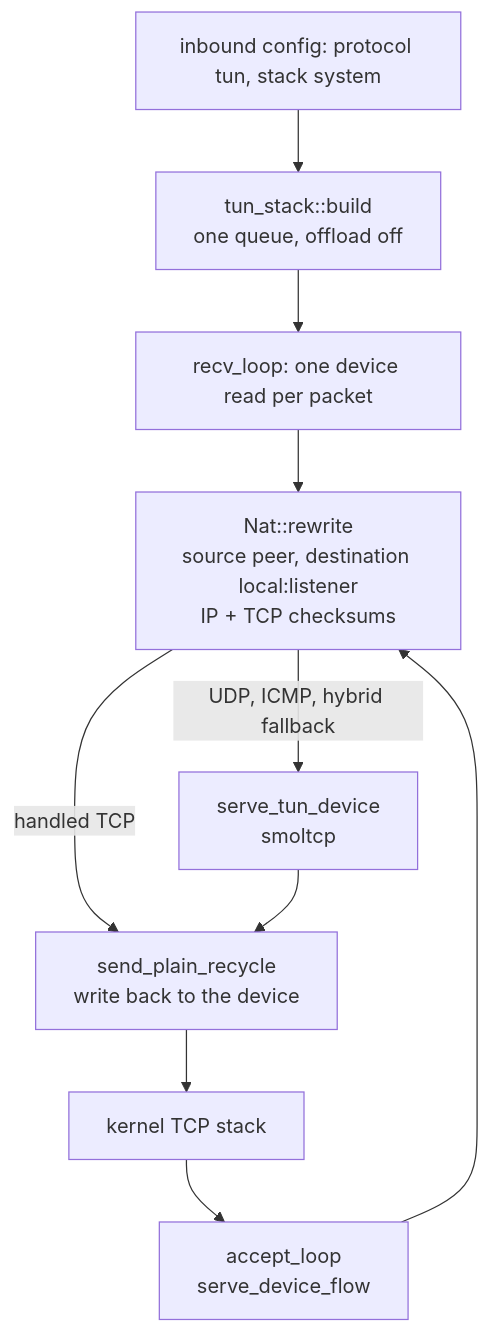
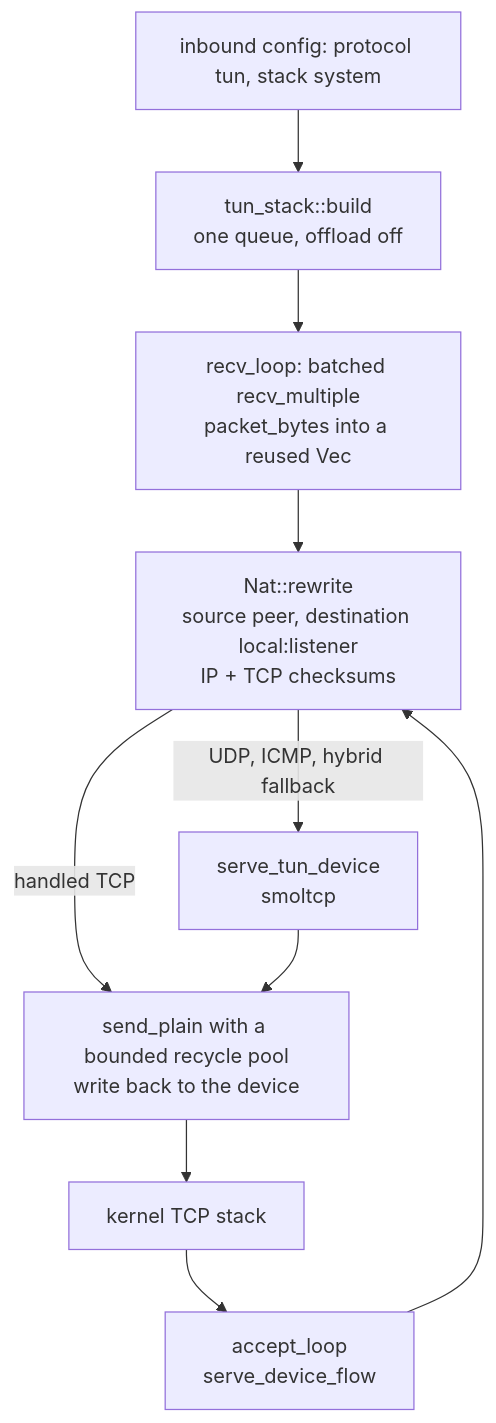
One commit to Ferrocite/ferrox changed the second of 2 diagrams in docs/function/front-tun-smoltcp.md. Above: the diagram before and after it, drawn with Mermaid. The commit also changed 4 other files, not shown here.

Commit message:
tun: bound the recycle pool and harden NAT mappings

````diff
--- a/docs/function/front-tun-smoltcp.md
+++ b/docs/function/front-tun-smoltcp.md
@@ -28,12 +28,12 @@
 ```mermaid
 graph TD
     A["inbound config: protocol tun, stack system"] --> B["tun_stack::build<br/>one queue, offload off"]
-    B --> R["recv_loop: one device read per packet"]
+    B --> R["recv_loop: batched recv_multiple<br/>packet_bytes into a reused Vec"]
     R --> N["Nat::rewrite<br/>source peer, destination local:listener<br/>IP + TCP checksums"]
-    N -->|handled TCP| W["send_plain_recycle<br/>write back to the device"]
+    N -->|handled TCP| W["send_plain with a bounded recycle pool<br/>write back to the device"]
     N -->|UDP, ICMP, hybrid fallback| S["serve_tun_device<br/>smoltcp"]
     W --> K["kernel TCP stack"]
     K --> L["accept_loop<br/>serve_device_flow"]
     L --> N
     S --> W
 ```
````
